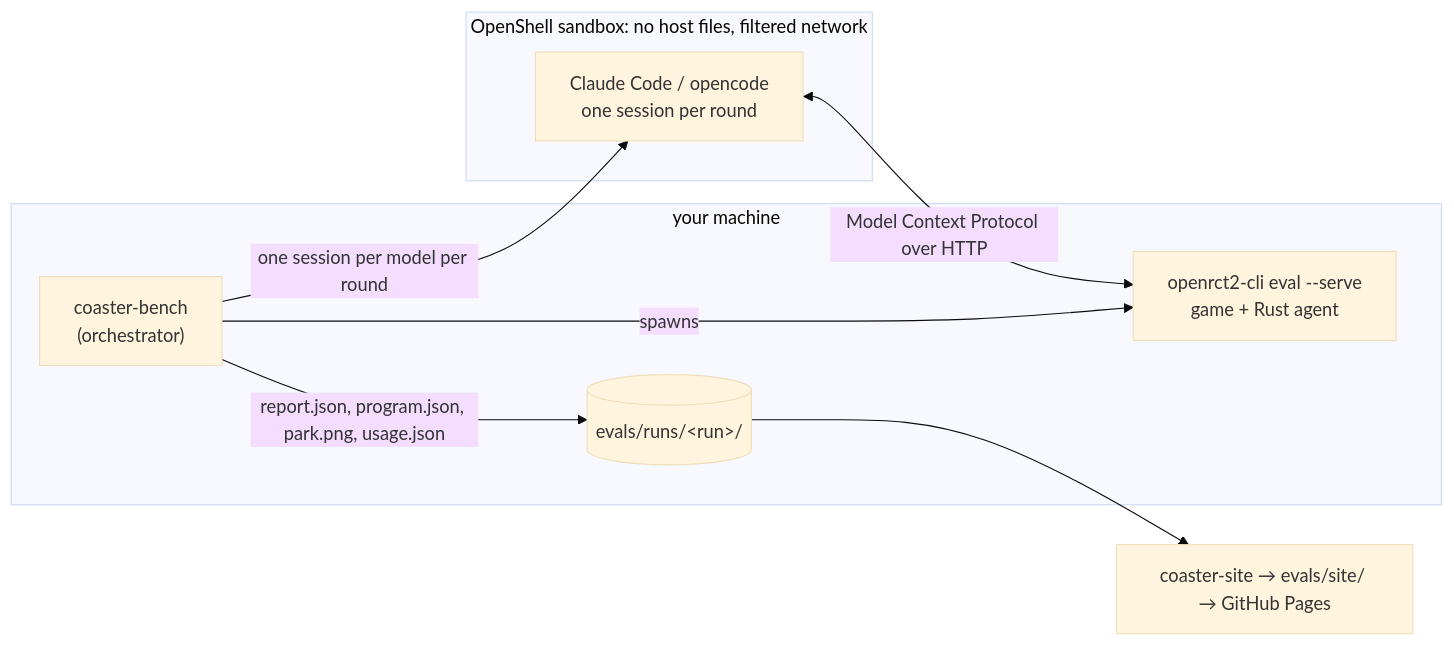
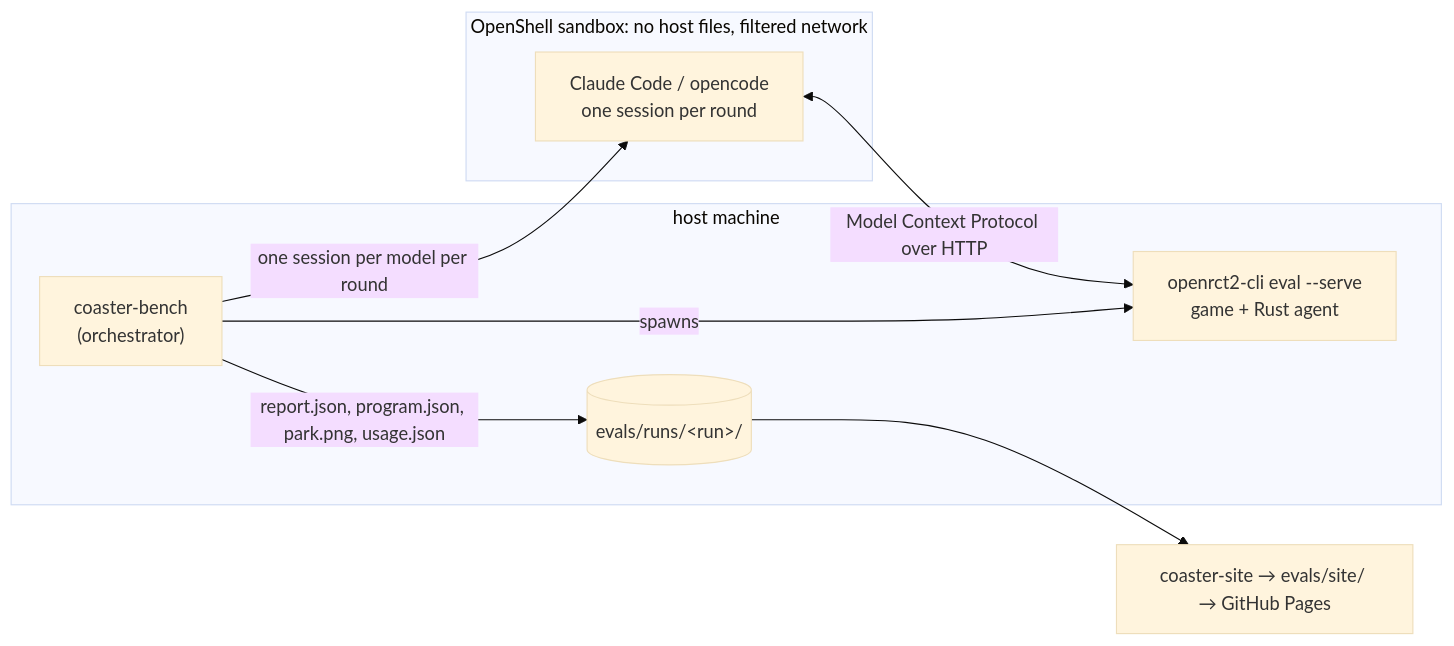
The first of 2 diagrams in readme.md (wseaton/CoasterBench), drawn with Mermaid (base theme) before and after one commit. The commit also changed other lines of this file, not shown here.

````diff
--- a/readme.md
+++ b/readme.md
@@ -18,17 +16,17 @@
 ```mermaid
 flowchart LR
-    subgraph host["your machine"]
+    subgraph host["host machine"]
         bench["coaster-bench<br/>(orchestrator)"]
         game["openrct2-cli eval --serve<br/>game + Rust agent"]
         runs[("evals/runs/&lt;run&gt;/")]
     end
     subgraph sandbox["OpenShell sandbox: no host files, filtered network"]
         agent["Claude Code / opencode<br/>one session per round"]
     end
 
     bench -->|spawns| game
     bench -->|one session per model per round| agent
     agent <-->|Model Context Protocol over HTTP| game
     bench -->|report.json, program.json, park.png, usage.json| runs
     runs --> site["coaster-site → evals/site/ → GitHub Pages"]
 ```
````
